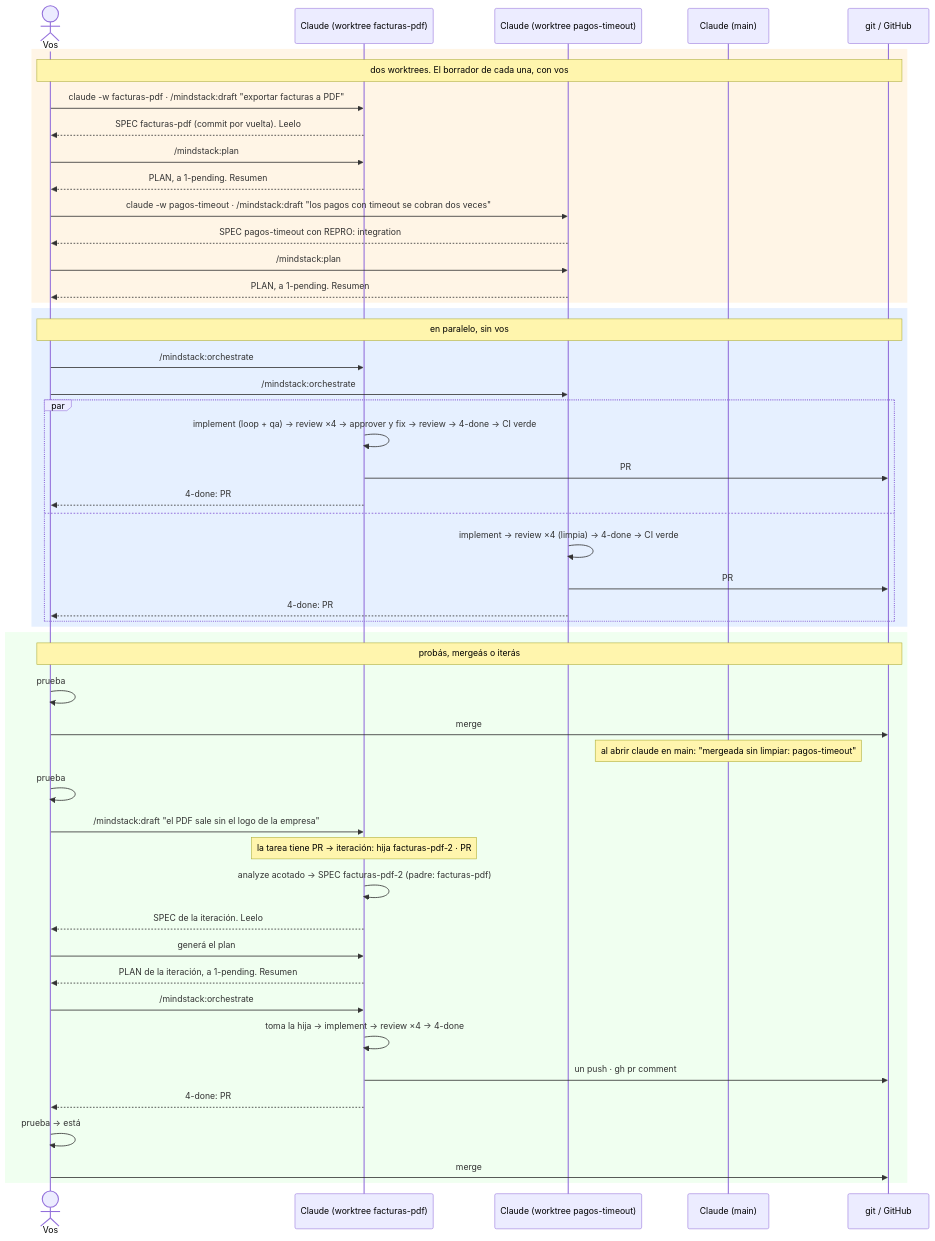
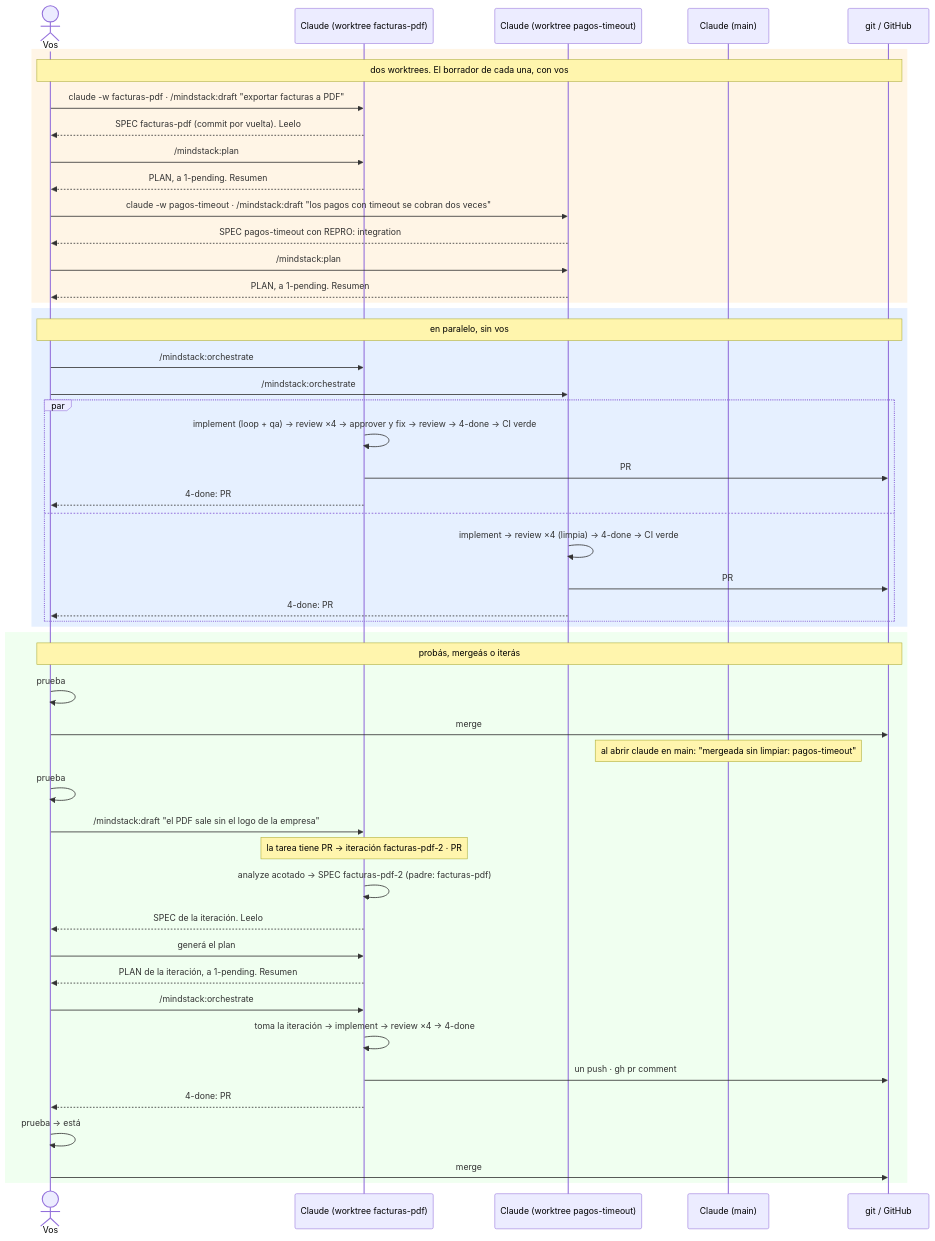
One commit to octavio-parozlabs/mindstack changed the diagram in use-cases/06-parallel-and-iterate.md. Above: the diagram before and after it, drawn with Mermaid. The commit also changed other lines of this file and 36 other files, not shown here.

````diff
--- a/use-cases/06-parallel-and-iterate.md
+++ b/use-cases/06-parallel-and-iterate.md
@@ -5,56 +5,56 @@
 ```mermaid
 sequenceDiagram
     actor U as Vos
     participant Wa as Claude (worktree facturas-pdf)
     participant Wb as Claude (worktree pagos-timeout)
     participant M as Claude (main)
     participant G as git / GitHub
 
     rect rgb(255, 245, 230)
     Note over U,G: dos worktrees. El borrador de cada una, con vos
     U->>Wa: claude -w facturas-pdf · /mindstack:draft "exportar facturas a PDF"
     Wa-->>U: SPEC facturas-pdf (commit por vuelta). Leelo
     U->>Wa: /mindstack:plan
     Wa-->>U: PLAN, a 1-pending. Resumen
     U->>Wb: claude -w pagos-timeout · /mindstack:draft "los pagos con timeout se cobran dos veces"
     Wb-->>U: SPEC pagos-timeout con REPRO: integration
     U->>Wb: /mindstack:plan
     Wb-->>U: PLAN, a 1-pending. Resumen
     end
 
     rect rgb(230, 240, 255)
     Note over U,G: en paralelo, sin vos
     U->>Wa: /mindstack:orchestrate
     U->>Wb: /mindstack:orchestrate
     par
         Wa->>Wa: implement (loop + qa) → review ×4 → approver y fix → review → 4-done → CI verde
         Wa->>G: PR #88
         Wa-->>U: 4-done: PR #88 listo para mergear · localhost:5231
     and
         Wb->>Wb: implement → review ×4 (limpia) → 4-done → CI verde
         Wb->>G: PR #89
         Wb-->>U: 4-done: PR #89 listo para mergear · localhost:5247
     end
     end
 
     rect rgb(240, 255, 240)
     Note over U,G: probás, mergeás o iterás
     U->>U: prueba #89 en localhost:5247 → está
     U->>G: merge #89: 4-done/pagos-timeout llega a main
     Note over M: al abrir claude en main: "mergeada sin limpiar: pagos-timeout"
 
     U->>U: prueba #88 → el PDF sale sin logo
     U->>Wa: /mindstack:draft "el PDF sale sin el logo de la empresa"
-    Note over Wa: la tarea tiene PR → iteración: hija facturas-pdf-2 · PR #88 a draft
+    Note over Wa: la tarea tiene PR → iteración facturas-pdf-2 · PR #88 a draft
     Wa->>Wa: analyze acotado → SPEC facturas-pdf-2 (padre: facturas-pdf)
     Wa-->>U: SPEC de la iteración. Leelo
     U->>Wa: generá el plan
     Wa-->>U: PLAN de la iteración, a 1-pending. Resumen
     U->>Wa: /mindstack:orchestrate
-    Wa->>Wa: toma la hija → implement → review ×4 → 4-done
+    Wa->>Wa: toma la iteración → implement → review ×4 → 4-done
     Wa->>G: un push · gh pr comment #88 "iteración 2: logo en el PDF" · gh pr ready · CI verde
     Wa-->>U: 4-done: PR #88 actualizado y listo para mergear
     U->>U: prueba → está
     U->>G: merge #88: facturas-pdf y facturas-pdf-2 llegan a main en 4-done
     end
 ```
````
